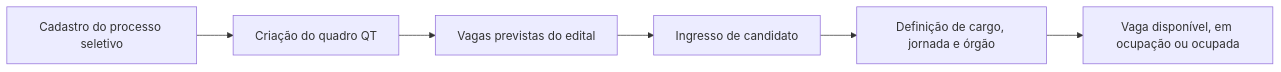
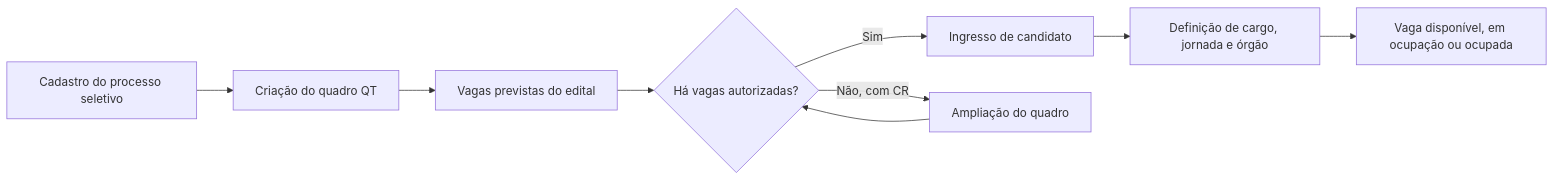
The diagram in docs/controle-vagas-temporarias.md (taylor-SEPLAG/seplag-ui), drawn with Mermaid before and after one commit. The commit also changed other lines of this file and 11 other files, not shown here.

````diff
--- a/docs/controle-vagas-temporarias.md
+++ b/docs/controle-vagas-temporarias.md
@@ -20,8 +20,11 @@
 ```mermaid
 flowchart LR
   A[Cadastro do processo seletivo] --> B[Criação do quadro QT]
   B --> C[Vagas previstas do edital]
-  C --> D[Ingresso de candidato]
-  D --> E[Definição de cargo, jornada e órgão]
-  E --> F[Vaga disponível, em ocupação ou ocupada]
+  C --> D{Há vagas autorizadas?}
+  D -- Sim --> E[Ingresso de candidato]
+  D -- Não, com CR --> F[Ampliação do quadro]
+  F --> D
+  E --> G[Definição de cargo, jornada e órgão]
+  G --> H[Vaga disponível, em ocupação ou ocupada]
 ```
````
